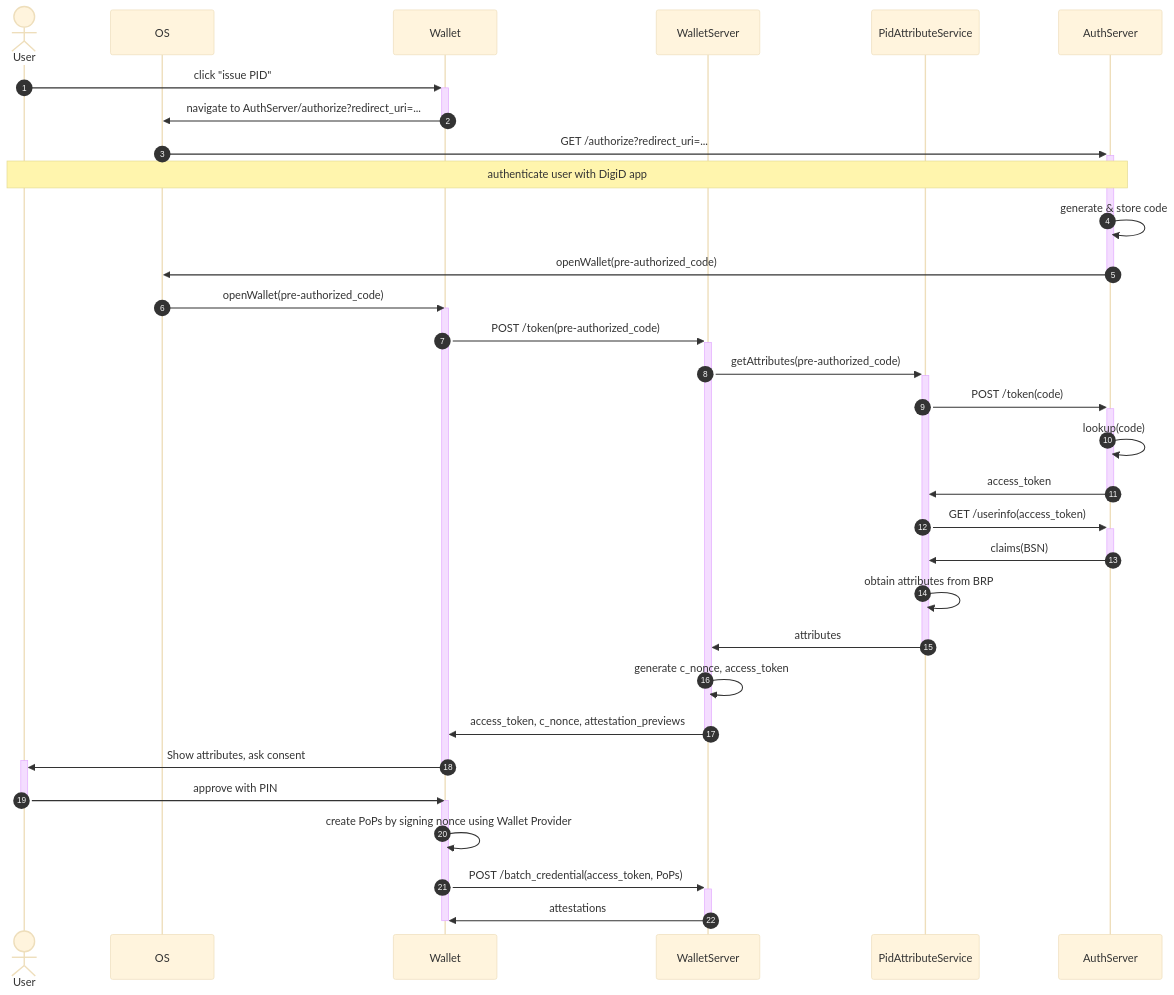
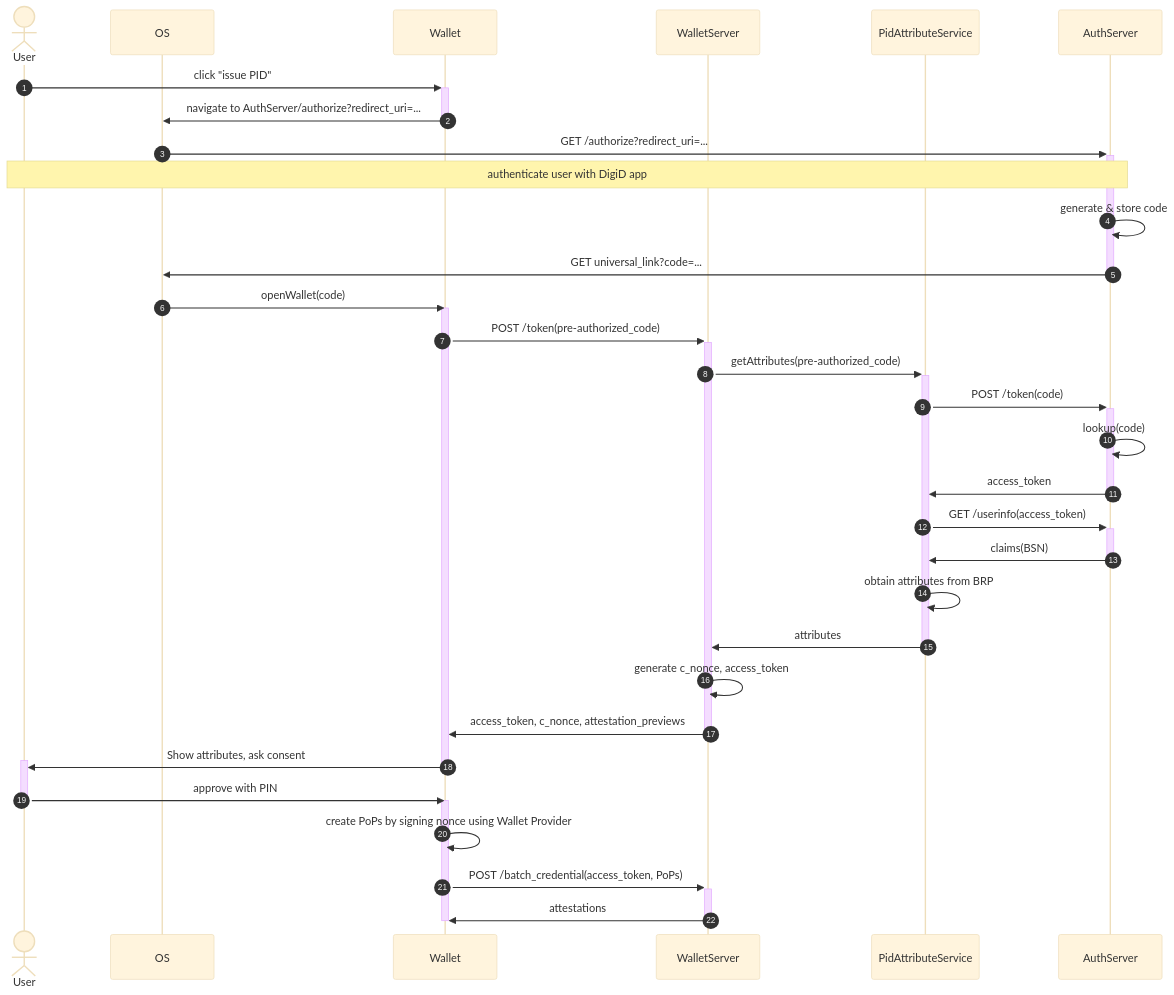
One commit to MinBZK/nl-wallet changed the first of 2 diagrams in documentation/flows/openid.md. Above: the diagram before and after it, drawn with Mermaid (base theme). The commit also changed other lines of this file, not shown here.

Commit message:
Improve OpenID4VCI documentation about OIDC with rdo-max

````diff
--- a/documentation/flows/openid.md
+++ b/documentation/flows/openid.md
@@ -16,39 +22,39 @@
 ```mermaid
 sequenceDiagram
     autonumber
 
     actor User
     participant OS
     participant Wallet
     participant WalletServer
     participant PidAttributeService
     participant AuthServer
 
     User->>+Wallet: click "issue PID"
     Wallet->>-OS: navigate to AuthServer/authorize?redirect_uri=...
     OS->>+AuthServer: GET /authorize?redirect_uri=...
     note over User, AuthServer: authenticate user with DigiD app
     AuthServer->>AuthServer: generate & store code
-    AuthServer->>-OS: openWallet(pre-authorized_code)
-    OS->>Wallet: openWallet(pre-authorized_code)
+    AuthServer->>-OS: GET universal_link?code=...
+    OS->>Wallet: openWallet(code)
     activate Wallet
         Wallet->>+WalletServer: POST /token(pre-authorized_code)
         WalletServer->>+PidAttributeService: getAttributes(pre-authorized_code)
         PidAttributeService->>+AuthServer: POST /token(code)
         AuthServer->>AuthServer: lookup(code)
         AuthServer->>-PidAttributeService: access_token
         PidAttributeService->>+AuthServer: GET /userinfo(access_token)
         AuthServer->>-PidAttributeService: claims(BSN)
         PidAttributeService->>PidAttributeService: obtain attributes from BRP
         PidAttributeService->>-WalletServer: attributes
         WalletServer->>WalletServer: generate c_nonce, access_token
         WalletServer->>-Wallet: access_token, c_nonce, attestation_previews
         Wallet->>+User: Show attributes, ask consent
     deactivate Wallet
     User->>-Wallet: approve with PIN
     activate Wallet
         Wallet->>Wallet: create PoPs by signing nonce using Wallet Provider
     Wallet->>+WalletServer: POST /batch_credential(access_token, PoPs)
     WalletServer->>-Wallet: attestations
     deactivate Wallet
 ```
````
